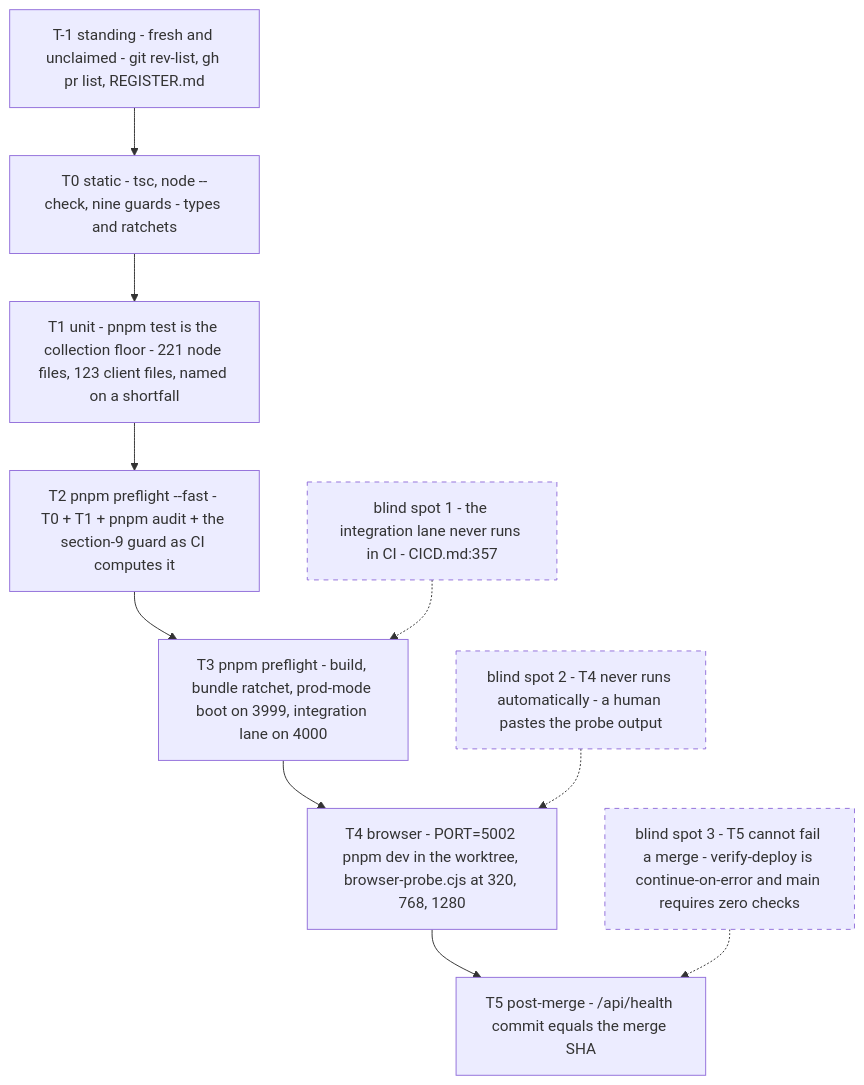
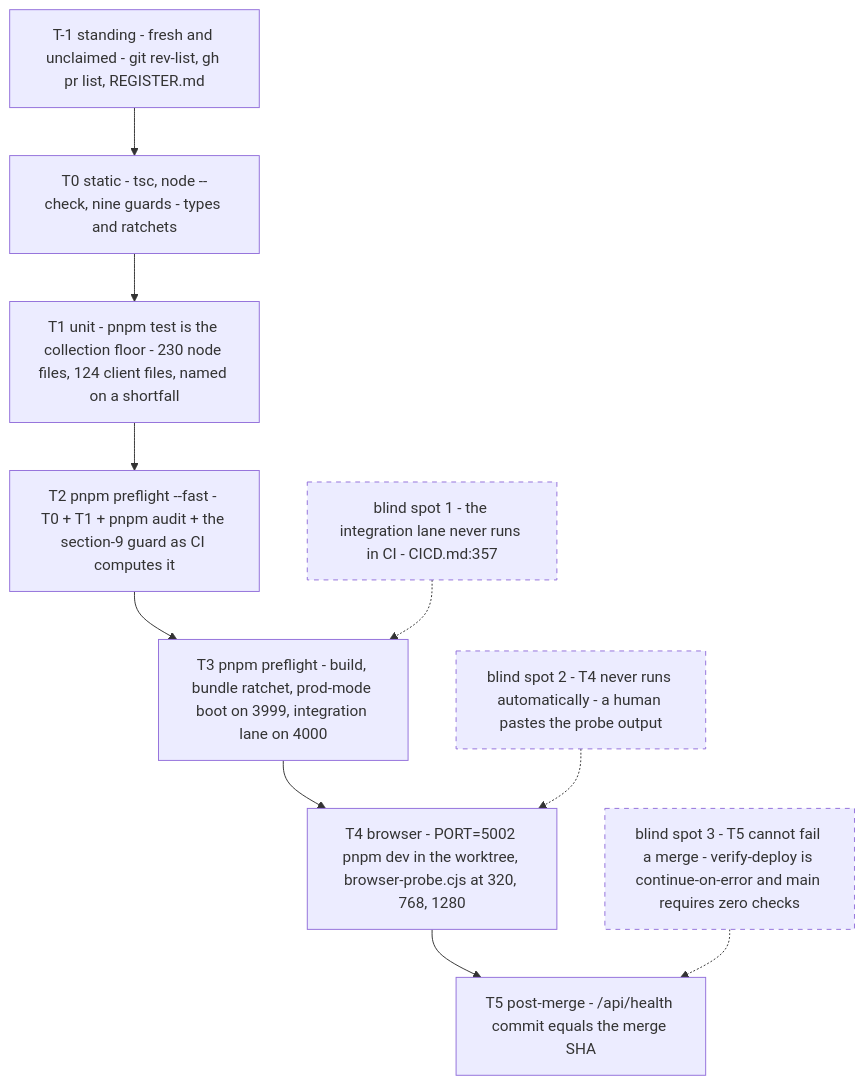
The diagram in knowledge-base/handoff/12-loop-safe-build-playbook.md (barakatammre84/Homiquity), drawn with Mermaid before and after one commit. The commit also changed 6 other files, not shown here.

````diff
--- a/knowledge-base/handoff/12-loop-safe-build-playbook.md
+++ b/knowledge-base/handoff/12-loop-safe-build-playbook.md
@@ -67,15 +67,15 @@
 ```mermaid
 flowchart TD
   Tm1["T-1 standing - fresh and unclaimed - git rev-list, gh pr list, REGISTER.md"]
   T0["T0 static - tsc, node --check, nine guards - types and ratchets"]
-  T1["T1 unit - pnpm test is the collection floor - 221 node files, 123 client files, named on a shortfall"]
+  T1["T1 unit - pnpm test is the collection floor - 230 node files, 124 client files, named on a shortfall"]
   T2["T2 pnpm preflight --fast - T0 + T1 + pnpm audit + the section-9 guard as CI computes it"]
   T3["T3 pnpm preflight - build, bundle ratchet, prod-mode boot on 3999, integration lane on 4000"]
   T4["T4 browser - PORT=5002 pnpm dev in the worktree, browser-probe.cjs at 320, 768, 1280"]
   T5["T5 post-merge - /api/health commit equals the merge SHA"]
   Tm1 --> T0 --> T1 --> T2 --> T3 --> T4 --> T5
   B1["blind spot 1 - the integration lane never runs in CI - CICD.md:357"]:::blind -.-> T3
   B2["blind spot 2 - T4 never runs automatically - a human pastes the probe output"]:::blind -.-> T4
   B3["blind spot 3 - T5 cannot fail a merge - verify-deploy is continue-on-error and main requires zero checks"]:::blind -.-> T5
   classDef blind stroke-dasharray: 5 5
 ```
````
